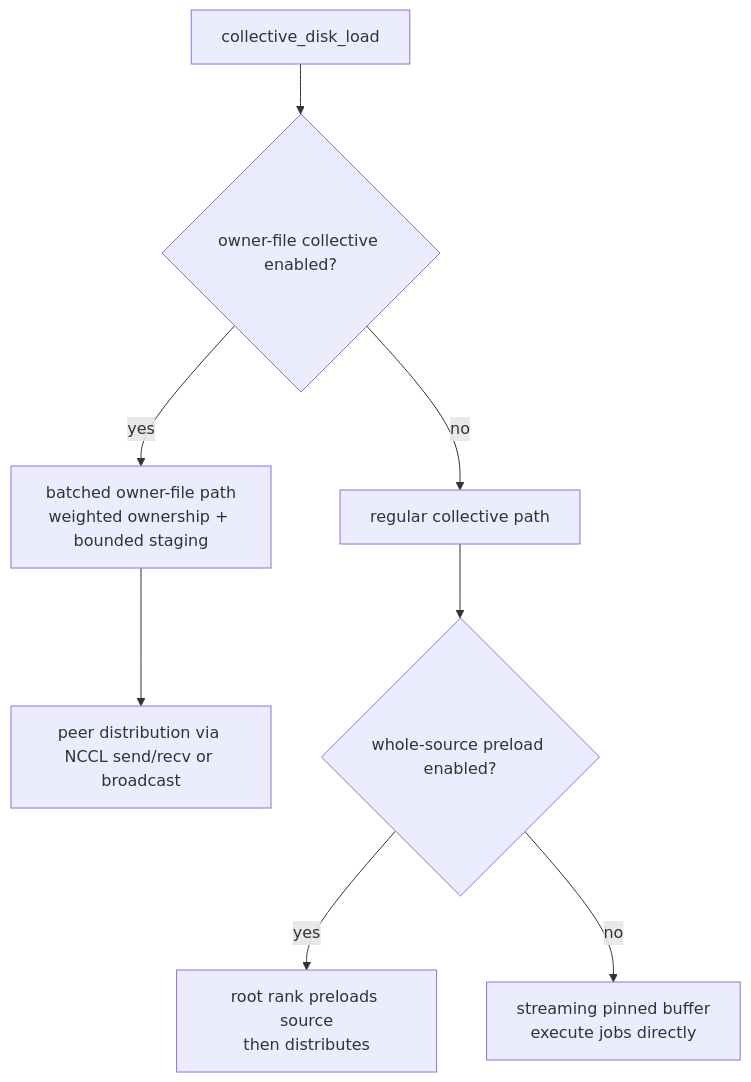
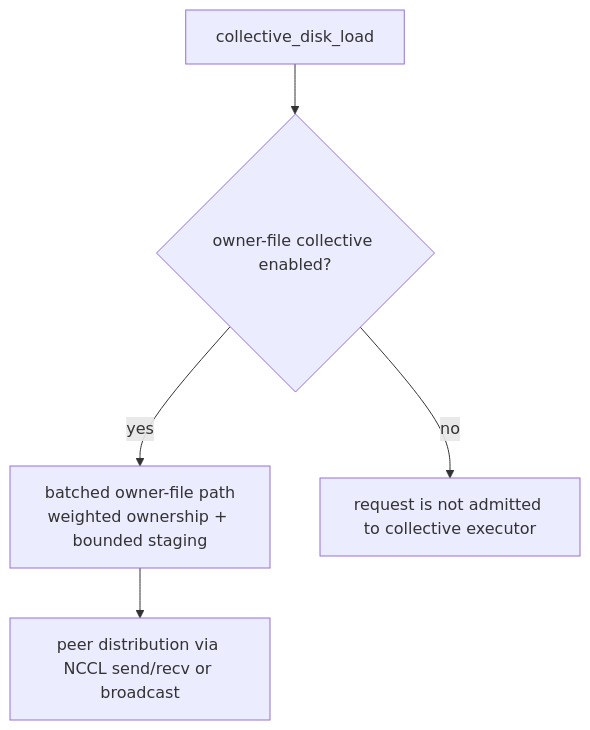
Before and after one commit to tensorcast-ai/tensorcast: the third of 4 diagrams in docs/internals/disk-load-strategy.md, drawn with Mermaid. The commit also changed other lines of this file and 26 other files, not shown here.

````diff
--- a/docs/internals/disk-load-strategy.md
+++ b/docs/internals/disk-load-strategy.md
@@ -333,11 +354,8 @@
 ```mermaid
 flowchart TD
     A["collective_disk_load"] --> B{"owner-file collective enabled?"}
     B -- "yes" --> C["batched owner-file path\nweighted ownership + bounded staging"]
-    B -- "no" --> D["regular collective path"]
+    B -- "no" --> D["request is not admitted to collective executor"]
 
     C --> E["peer distribution via NCCL send/recv or broadcast"]
-    D --> F{"whole-source preload enabled?"}
-    F -- "yes" --> G["root rank preloads source\nthen distributes"]
-    F -- "no" --> H["streaming pinned buffer\nexecute jobs directly"]
 ```
````
